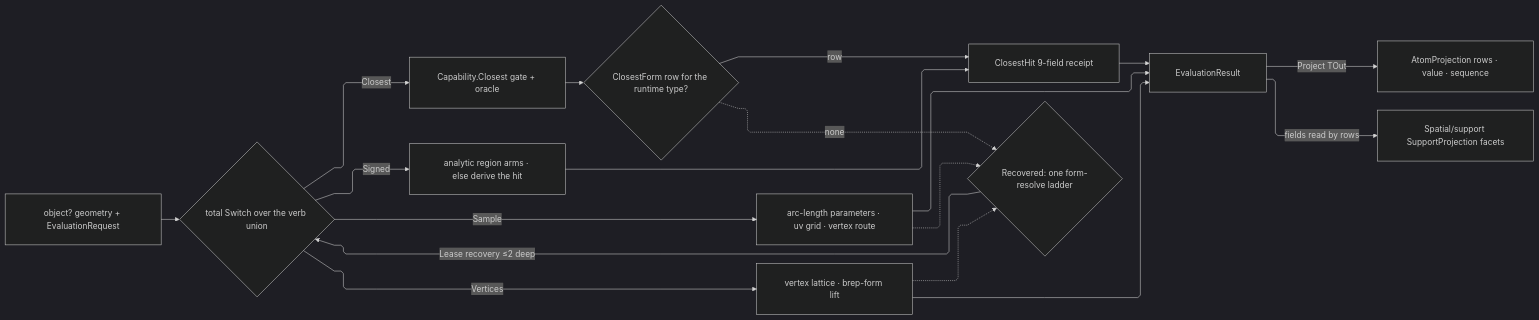
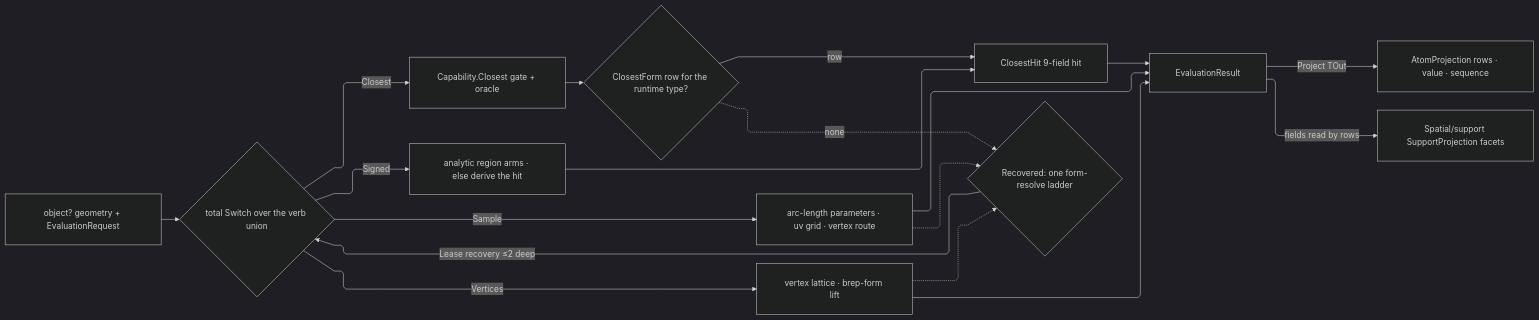
The diagram in libs/dotnet/Rasm/.planning/Domain/evaluation.md (bsamiee/Rasm), drawn with Mermaid (dark theme) before and after one commit. The commit also changed other lines of this file and 1417 other files, not shown here.

````diff
--- a/libs/dotnet/Rasm/.planning/Domain/evaluation.md
+++ b/libs/dotnet/Rasm/.planning/Domain/evaluation.md
@@ -471,29 +471,29 @@
 ```mermaid
 ---
 config:
   layout: elk
   flowchart:
     curve: linear
     padding: 25
 ---
 flowchart LR
     accTitle: Evaluation request dispatch and recovery spine
-    accDescr: One request union dispatching four verbs over admitted geometry, the closest verb reading the ordered recovery roster into a nine-field hit receipt, every verb sharing one form-resolve ladder for value shapes, and one result union fanning into the typed projection rail.
+    accDescr: One request union dispatching four verbs over admitted geometry, the closest verb reading the ordered recovery roster into a nine-field hit, every verb sharing one form-resolve ladder for value shapes, and one result union fanning into the typed projection rail.
     Raw["object? geometry + EvaluationRequest"] --> Dispatch{"total Switch over the verb union"}
     Dispatch -->|Closest| Gate["Capability.Closest gate + oracle"]
     Gate --> Roster{"ClosestForm row for the runtime type?"}
-    Roster -->|row| Hit["ClosestHit 9-field receipt"]
+    Roster -->|row| Hit["ClosestHit 9-field hit"]
     Roster -.->|none| Ladder
     Dispatch -->|Signed| Signed["analytic region arms · else derive the hit"]
     Dispatch -->|Sample| Sampling["arc-length parameters · uv grid · vertex route"]
     Dispatch -->|Vertices| VertexLattice["vertex lattice · brep-form lift"]
     Sampling -.-> Ladder{"Recovered: one form-resolve ladder"}
     VertexLattice -.-> Ladder
     Signed --> Hit
     Ladder -->|"Lease recovery ≤2 deep"| Dispatch
     Hit --> Result["EvaluationResult"]
     Sampling --> Result
     VertexLattice --> Result
     Result -->|Project TOut| Typed["AtomProjection rows · value · sequence"]
     Result -->|fields read by rows| Support["Spatial/support SupportProjection facets"]
 ```
````
